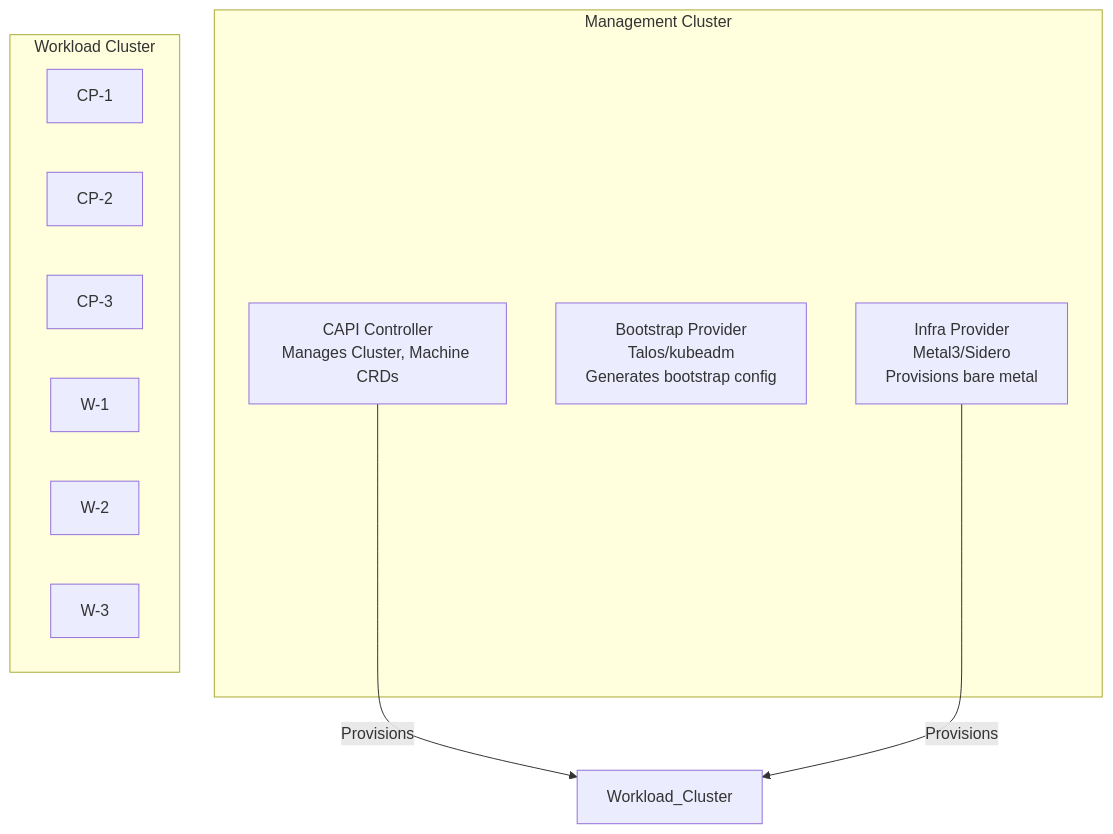
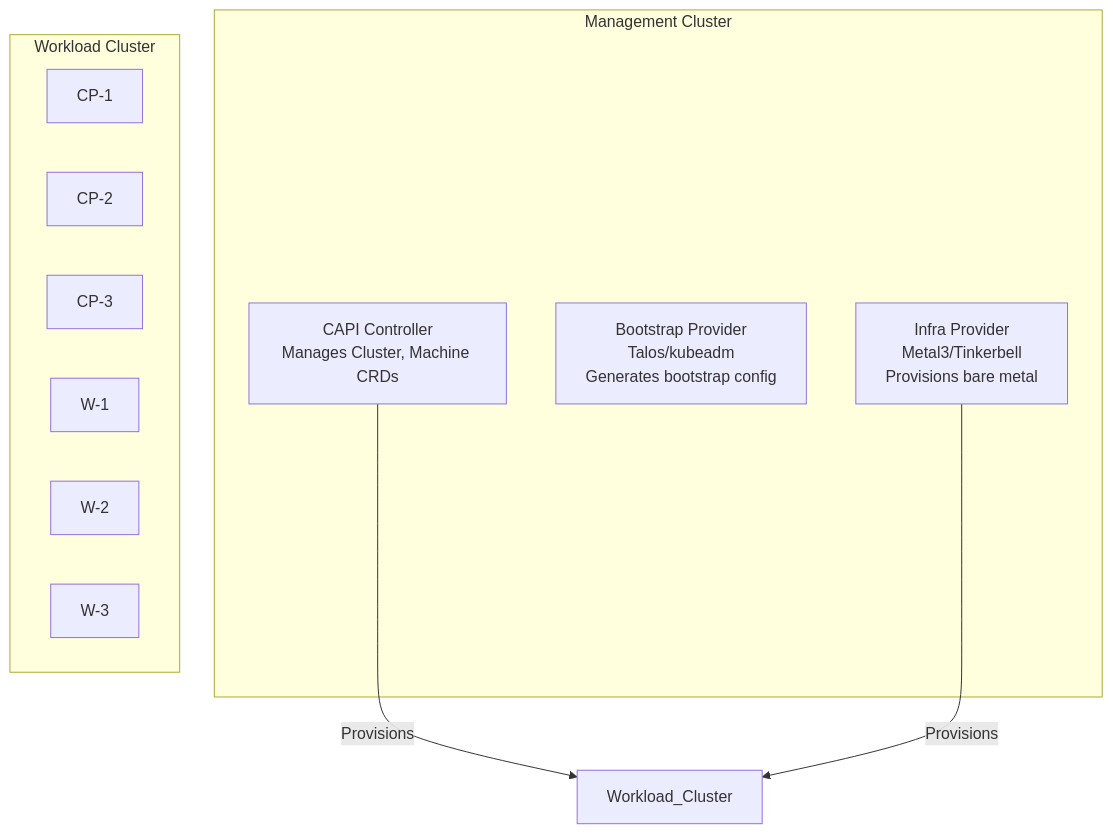
The first of 5 diagrams in src/content/docs/on-premises/provisioning/module-2.4-declarative-bare-metal.md (kube-dojo/kube-dojo), drawn with Mermaid before and after one commit. The commit also changed other lines of this file and 3 other files, not shown here.

````diff
--- a/src/content/docs/on-premises/provisioning/module-2.4-declarative-bare-metal.md
+++ b/src/content/docs/on-premises/provisioning/module-2.4-declarative-bare-metal.md
@@ -40,20 +40,20 @@
 ```mermaid
 graph TD
     subgraph Management Cluster
         CAPI[CAPI Controller<br/>Manages Cluster, Machine CRDs]
         BP[Bootstrap Provider<br/>Talos/kubeadm<br/>Generates bootstrap config]
-        IP[Infra Provider<br/>Metal3/Sidero<br/>Provisions bare metal]
+        IP[Infra Provider<br/>Metal3/Tinkerbell<br/>Provisions bare metal]
     end
     
     subgraph Workload Cluster
         CP1[CP-1]
         CP2[CP-2]
         CP3[CP-3]
         W1[W-1]
         W2[W-2]
         W3[W-3]
     end
     
     CAPI -->|Provisions| Workload_Cluster
     IP -->|Provisions| Workload_Cluster
 ```
````
